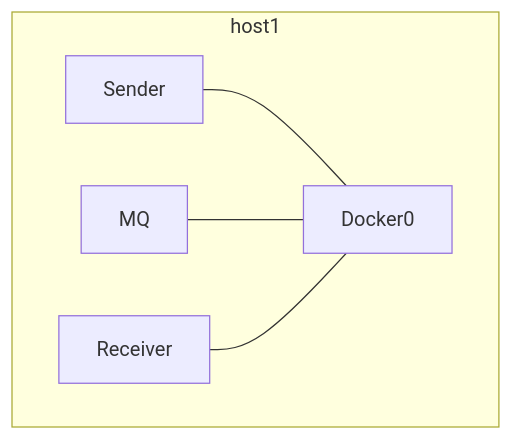
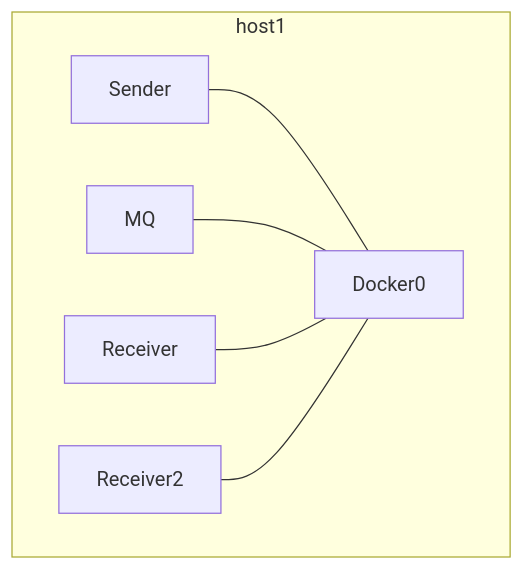
Before and after one commit to googlelxhgithub/iodraw-files: the diagram in all/network.md, drawn with Mermaid.

Commit message:
2024-08-30 21:47:02 update

````diff
--- a/all/network.md
+++ b/all/network.md
@@ -1,11 +1,12 @@
 ```mermaid
 flowchart TD
     subgraph host1
+    
     Sender --- Docker0
     MQ --- Docker0
     Receiver --- Docker0
-    Receiver
+    Receiver2 --- Docker0
 
     end
  
 ```
````
